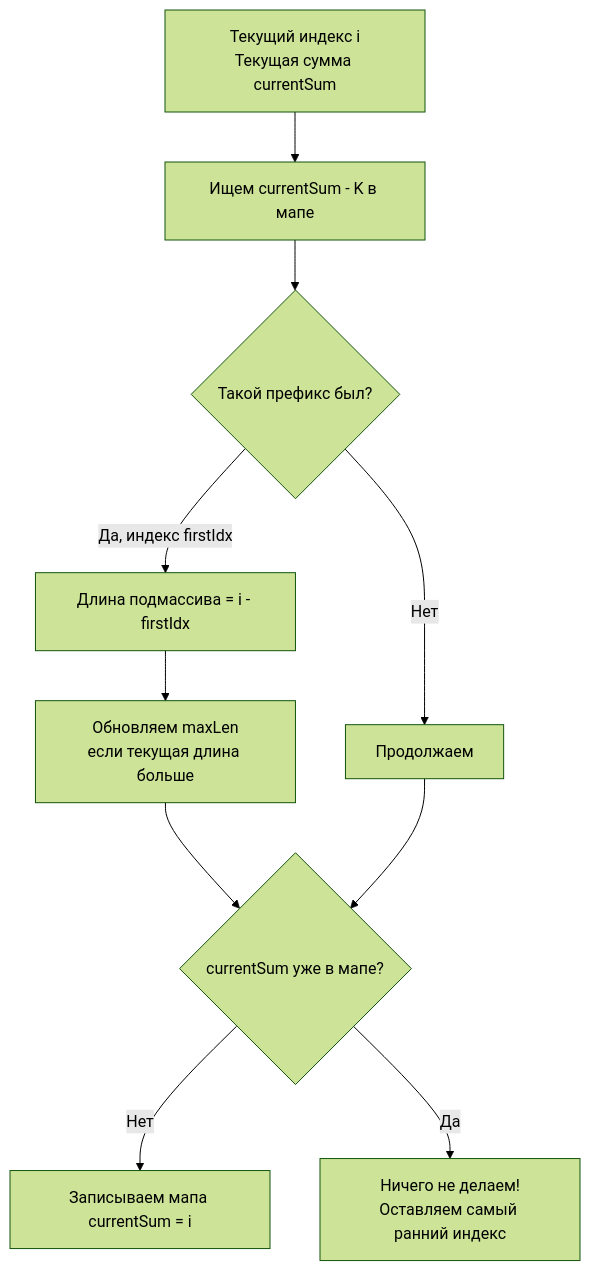
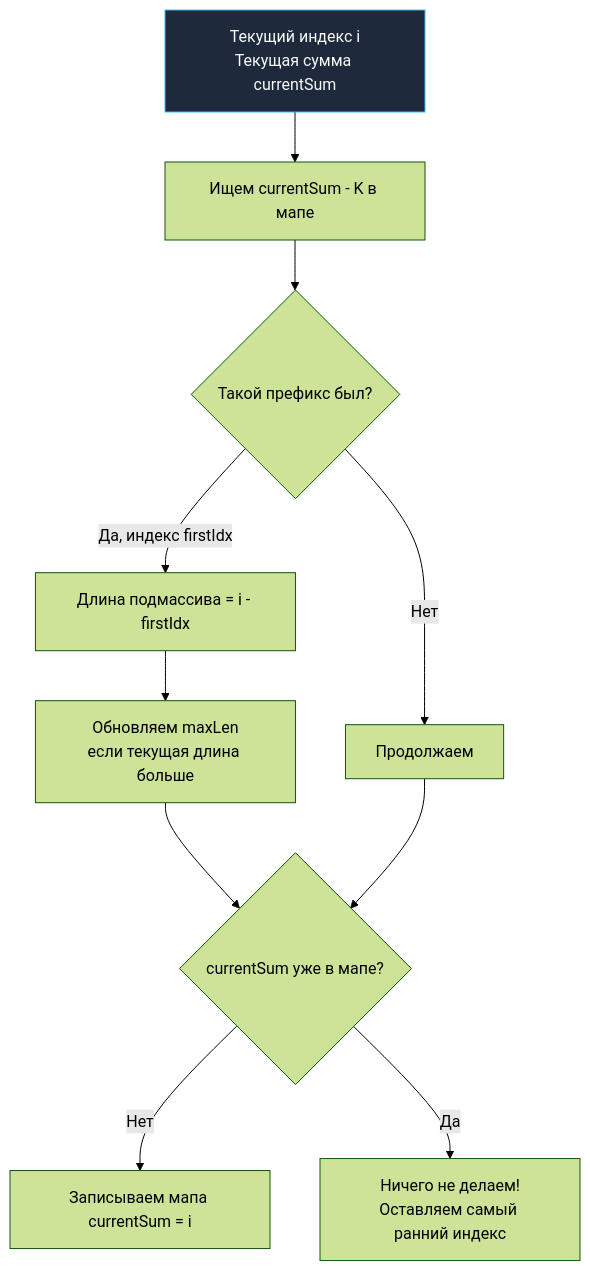
Before and after one commit to UnrealTemplier/go-textbook: the diagram in sources/21. Задачи с LeetCode и собеседований на Go/02. Задачи/04. Префиксные суммы/6. Maximum Size Subarray Sum Equals K.md, drawn with Mermaid (forest theme). The commit also changed 1666 other files, not shown here.

First line of the commit message:
feat(mermaid): add semantic color classDef to 1369 colorless flowchart/graph diagrams

````diff
--- a/sources/21. Задачи с LeetCode и собеседований на Go/02. Задачи/04. Префиксные суммы/6. Maximum Size Subarray Sum Equals K.md
+++ b/sources/21. Задачи с LeetCode и собеседований на Go/02. Задачи/04. Префиксные суммы/6. Maximum Size Subarray Sum Equals K.md
@@ -58,12 +58,22 @@
 ```mermaid
 flowchart TD
-    A["Текущий индекс i<br>Текущая сумма currentSum"] --> B["Ищем currentSum - K в мапе"]
+    classDef process  fill:#1e293b,stroke:#38bdf8,stroke-width:1px,color:#f8fafc
+    classDef success  fill:#064e3b,stroke:#34d399,stroke-width:1px,color:#f8fafc
+    classDef error    fill:#7f1d1d,stroke:#f87171,stroke-width:1px,color:#f8fafc
+    classDef warning  fill:#78350f,stroke:#fbbf24,stroke-width:1px,color:#f8fafc
+    classDef entry    fill:#1e3a5f,stroke:#38bdf8,stroke-width:2px,color:#f8fafc
+    classDef aux      fill:#334155,stroke:#64748b,stroke-width:1px,color:#f8fafc
+    classDef system   fill:#312e81,stroke:#a78bfa,stroke-width:1px,color:#f8fafc
+    classDef data     fill:#132d29,stroke:#2dd4bf,stroke-width:1px,color:#f8fafc
+    classDef network  fill:#881337,stroke:#fb7185,stroke-width:1px,color:#f8fafc
+    classDef accent   fill:#1e1b4b,stroke:#818cf8,stroke-width:1px,color:#f8fafc
+    A["Текущий индекс i<br>Текущая сумма currentSum"]:::process --> B["Ищем currentSum - K в мапе"]
     B --> C{"Такой префикс был?"}
     C -- "Да, индекс firstIdx" --> D["Длина подмассива = i - firstIdx"]
     D --> E["Обновляем maxLen<br>если текущая длина больше"]
     C -- "Нет" --> F["Продолжаем"]
     E --> G{"currentSum уже в мапе?"}
     F --> G
     G -- "Нет" --> H["Записываем мапа currentSum = i"]
     G -- "Да" --> I["Ничего не делаем!<br>Оставляем самый ранний индекс"]
 ```
````
